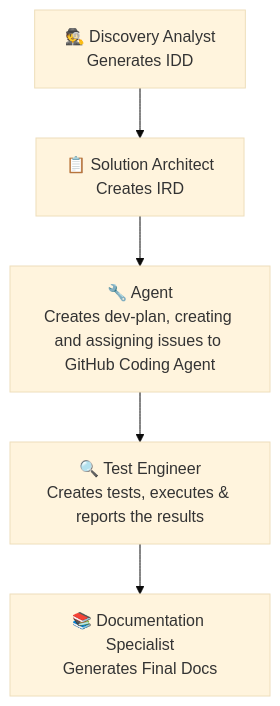
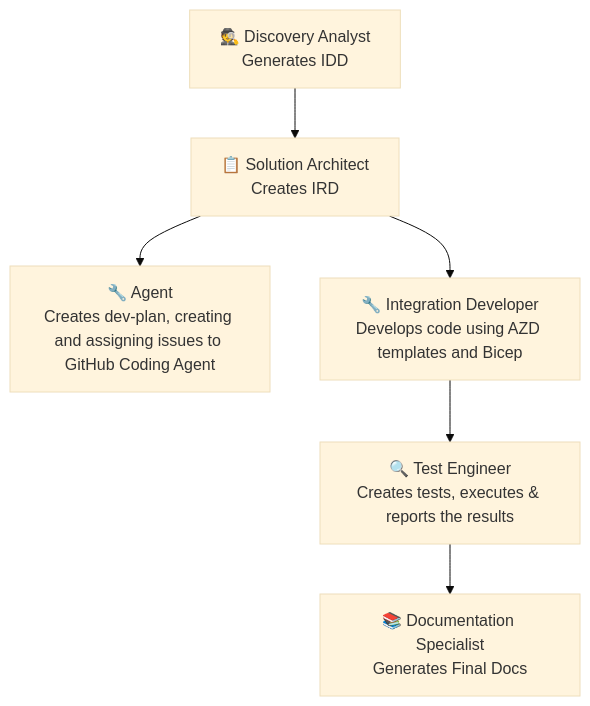
The diagram in README.md (pascalvanderheiden/ais-ai-dev-template-copilot), drawn with Mermaid (base theme) before and after one commit. The commit also changed other lines of this file and 15 other files, not shown here.

Commit message:
Refactor chatmode and prompt files to enhance integration workflow; update documentation and add Mermaid diagram support

````diff
--- a/README.md
+++ b/README.md
@@ -13,7 +13,8 @@
 ```mermaid
 flowchart TD
     A[🕵️ Discovery Analyst<br/>Generates IDD] --> B[📋 Solution Architect<br/>Creates IRD]
     B --> C[🔧 Agent<br/>Creates dev-plan, creating and assigning issues to GitHub Coding Agent]
-    C --> D[🔍 Test Engineer<br/>Creates tests, executes & reports the results]
-    D --> E[📚 Documentation Specialist<br/>Generates Final Docs]
+    B --> D[🔧 Integration Developer<br/>Develops code using AZD templates and Bicep]
+    D --> E[🔍 Test Engineer<br/>Creates tests, executes & reports the results]
+    E --> F[📚 Documentation Specialist<br/>Generates Final Docs]
 ```
````
